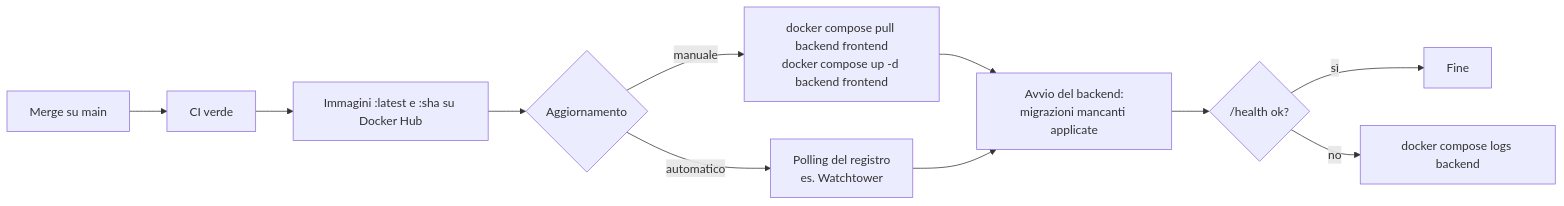
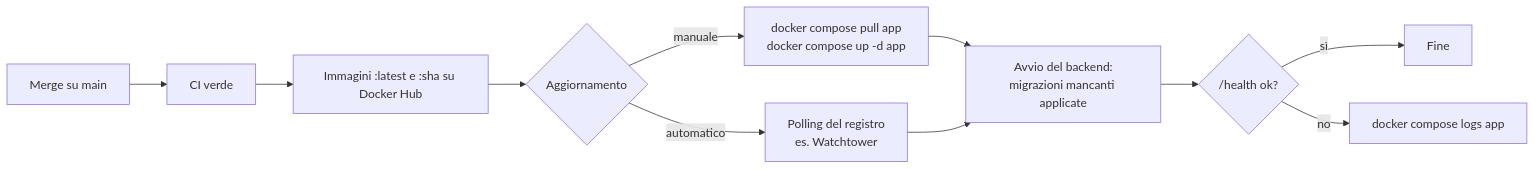
One commit to AntonioOrf/Catasto changed the seventh of 7 diagrams in docs/casi-d-uso.md. Above: the diagram before and after it, drawn with Mermaid. The commit also changed other lines of this file and 23 other files, not shown here.

````diff
--- a/docs/casi-d-uso.md
+++ b/docs/casi-d-uso.md
@@ -444,13 +444,13 @@
 ```mermaid
 flowchart LR
     A[Merge su main] --> B[CI verde]
     B --> C[Immagini :latest e :sha su Docker Hub]
     C --> D{Aggiornamento}
-    D -->|manuale| E["docker compose pull backend frontend<br/>docker compose up -d backend frontend"]
+    D -->|manuale| E["docker compose pull app<br/>docker compose up -d app"]
     D -->|automatico| F[Polling del registro<br/>es. Watchtower]
     E --> G[Avvio del backend:<br/>migrazioni mancanti applicate]
     F --> G
     G --> H{/health ok?}
     H -->|sì| I[Fine]
-    H -->|no| L[docker compose logs backend]
+    H -->|no| L[docker compose logs app]
 ```
````
